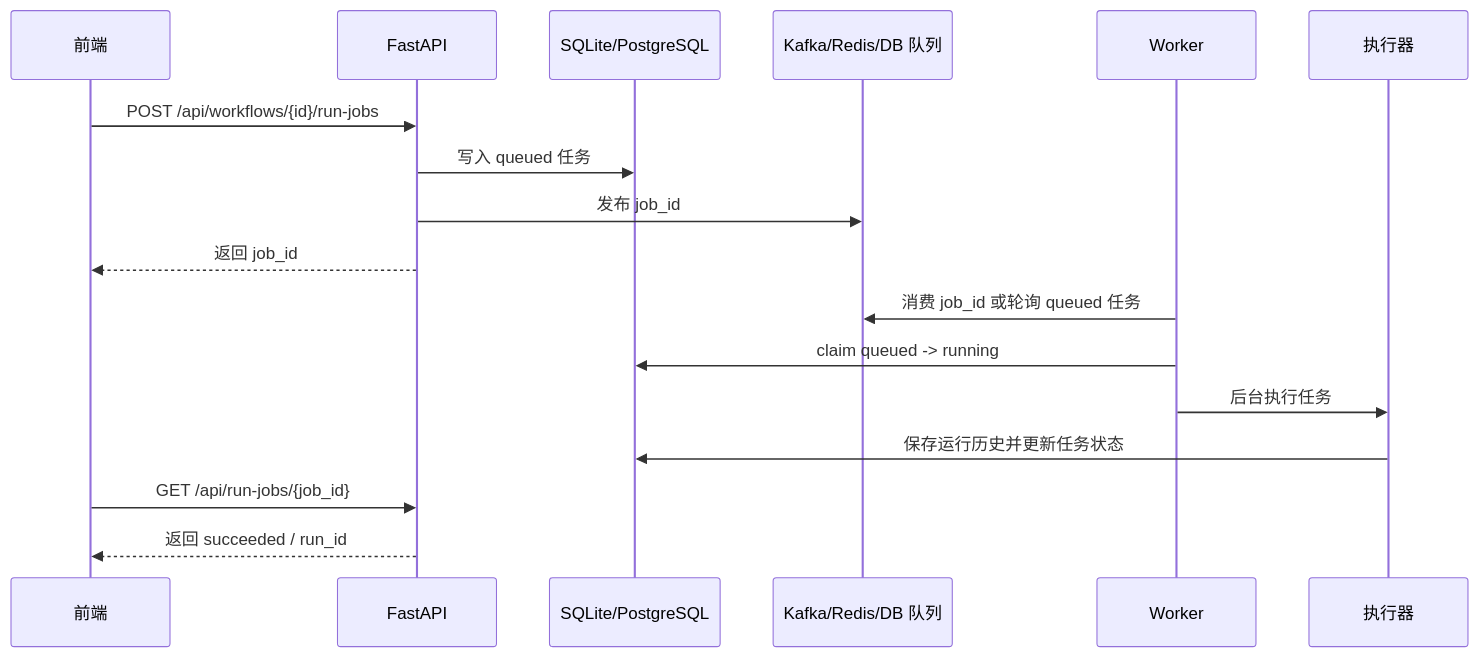
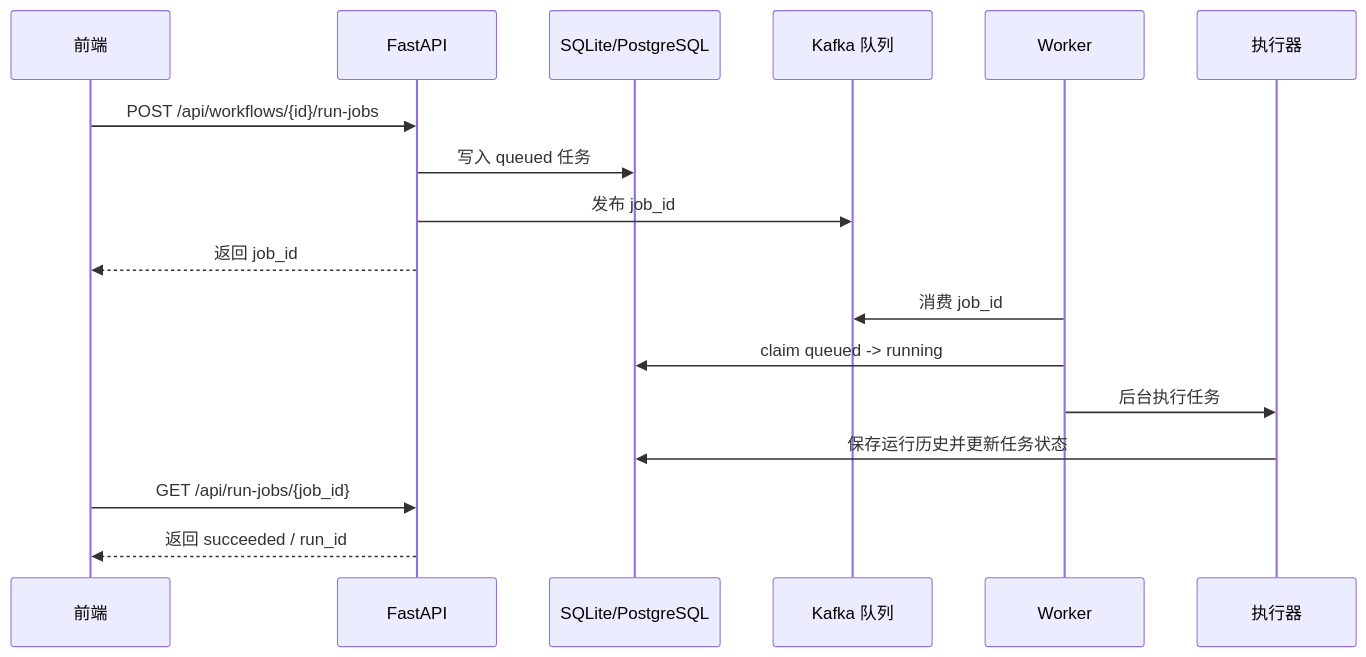
The second of 3 diagrams in docs/architecture.md (996963759/workflow-studio), drawn with Mermaid before and after one commit. The commit also changed other lines of this file and 17 other files, not shown here.

First line of the commit message:
refactor: standardize async workflow queue on kafka

````diff
--- a/docs/architecture.md
+++ b/docs/architecture.md
@@ -57,19 +57,19 @@
 ```mermaid
 sequenceDiagram
   participant UI as 前端
   participant API as FastAPI
   participant DB as SQLite/PostgreSQL
-  participant Queue as Kafka/Redis/DB 队列
+  participant Queue as Kafka 队列
   participant Worker as Worker
   participant Runner as 执行器
   UI->>API: POST /api/workflows/{id}/run-jobs
   API->>DB: 写入 queued 任务
   API->>Queue: 发布 job_id
   API-->>UI: 返回 job_id
-  Worker->>Queue: 消费 job_id 或轮询 queued 任务
+  Worker->>Queue: 消费 job_id
   Worker->>DB: claim queued -> running
   Worker->>Runner: 后台执行任务
   Runner->>DB: 保存运行历史并更新任务状态
   UI->>API: GET /api/run-jobs/{job_id}
   API-->>UI: 返回 succeeded / run_id
 ```
````
